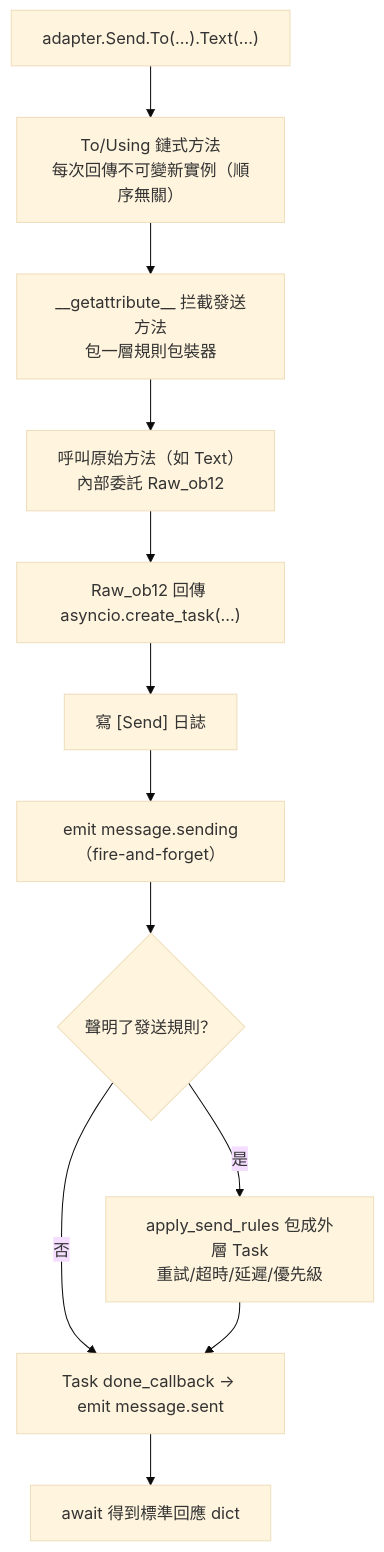
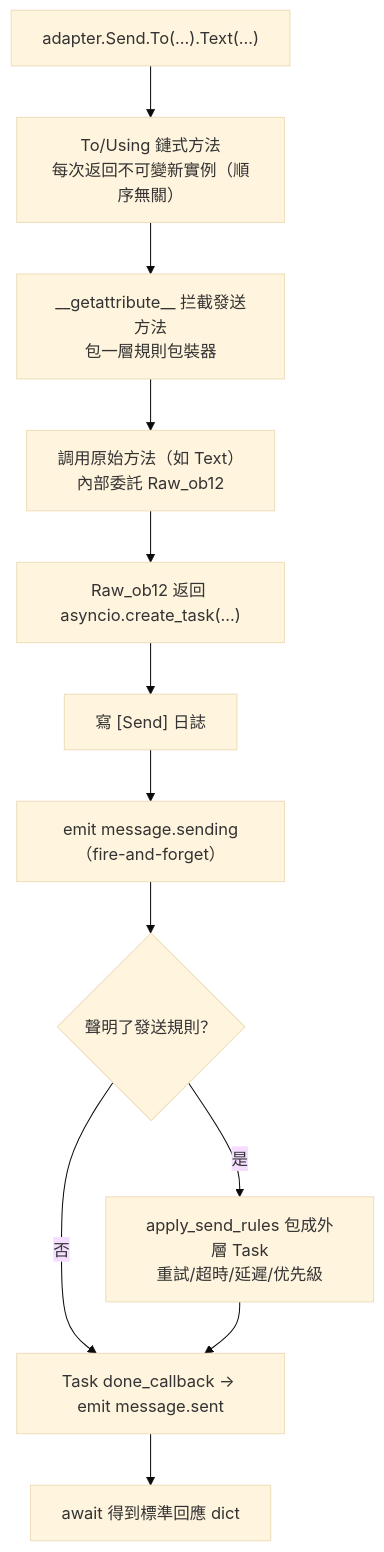
Before and after one commit to ErisPulse/ErisPulse: the second of 2 diagrams in docs/zh-TW/developer-guide/adapters/send-dsl.md, drawn with Mermaid (base theme). The commit also changed other lines of this file and 622 other files, not shown here.

````diff
--- a/docs/zh-TW/developer-guide/adapters/send-dsl.md
+++ b/docs/zh-TW/developer-guide/adapters/send-dsl.md
@@ -574,14 +574,14 @@
 ```mermaid
 flowchart TD
-    A["adapter.Send.To(...).Text(...)"] --> B["To/Using 鏈式方法<br/>每次回傳不可變新實例（順序無關）"]
+    A["adapter.Send.To(...).Text(...)"] --> B["To/Using 鏈式方法<br/>每次返回不可變新實例（順序無關）"]
     B --> C["__getattribute__ 拦截發送方法<br/>包一層規則包裝器"]
-    C --> D["呼叫原始方法（如 Text）<br/>內部委託 Raw_ob12"]
-    D --> E["Raw_ob12 回傳 asyncio.create_task(...)"]
+    C --> D["調用原始方法（如 Text）<br/>內部委託 Raw_ob12"]
+    D --> E["Raw_ob12 返回 asyncio.create_task(...)"]
     E --> F["寫 [Send] 日誌"]
     F --> G["emit message.sending（fire-and-forget）"]
     G --> H{"聲明了發送規則？"}
     H -->|"否"| I["Task done_callback → emit message.sent"]
-    H -->|"是"| J["apply_send_rules 包成外層 Task<br/>重試/超時/延遲/優先級"]
+    H -->|"是"| J["apply_send_rules 包成外層 Task<br/>重試/超時/延遲/优先級"]
     J --> I
     I --> K["await 得到標準回應 dict"]
 ```
````
